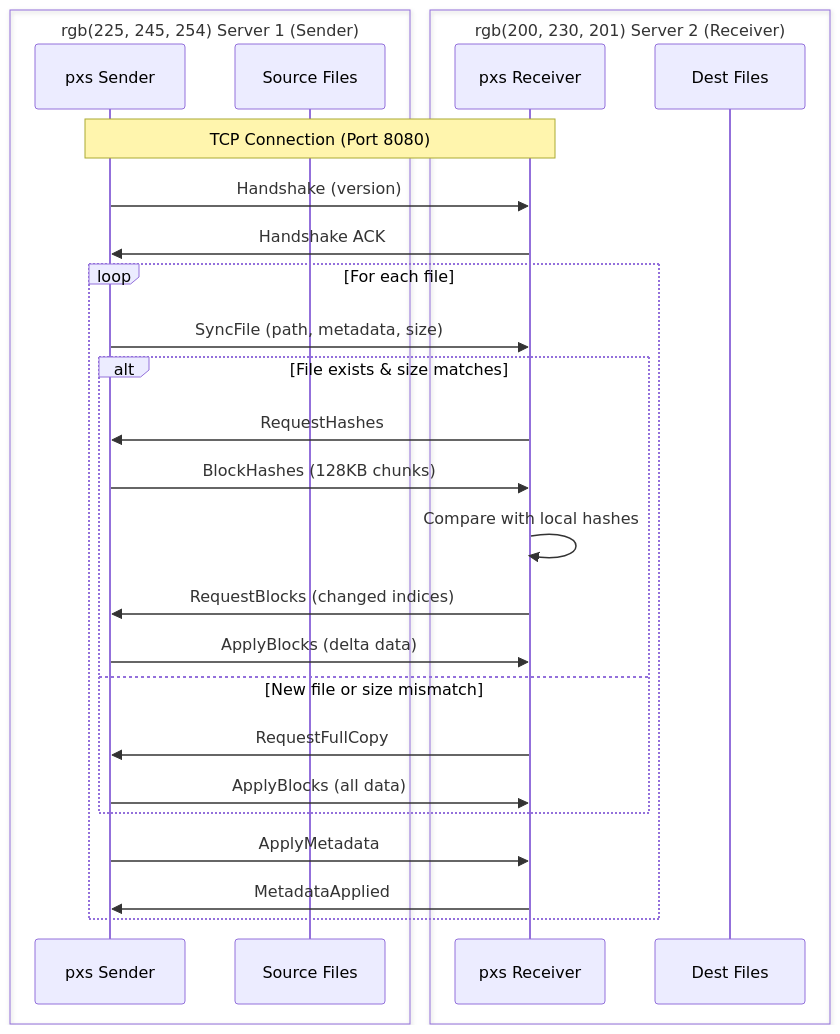
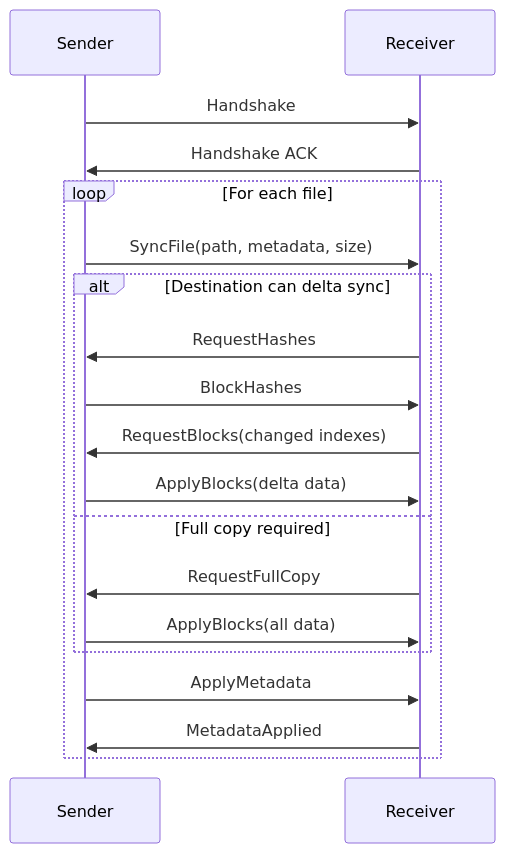
Before and after one commit to nbari/dsync: the second of 4 diagrams in README.md, drawn with Mermaid. The commit also changed other lines of this file and 10 other files, not shown here.

````diff
--- a/README.md
+++ b/README.md
@@ -69,34 +55,23 @@
 ```mermaid
 sequenceDiagram
-    box rgb(225, 245, 254) Server 1 (Sender)
-        participant S as pxs Sender
-        participant SF as Source Files
-    end
-    box rgb(200, 230, 201) Server 2 (Receiver)
-        participant R as pxs Receiver
-        participant DF as Dest Files
-    end
+    participant S as Sender
+    participant R as Receiver
 
-    Note over S,R: TCP Connection (Port 8080)
-    
-    S->>R: Handshake (version)
+    S->>R: Handshake
     R->>S: Handshake ACK
-    
+
     loop For each file
-        S->>R: SyncFile (path, metadata, size)
-        
-        alt File exists & size matches
+        S->>R: SyncFile(path, metadata, size)
+        alt Destination can delta sync
             R->>S: RequestHashes
-            S->>R: BlockHashes (128KB chunks)
-            R->>R: Compare with local hashes
-            R->>S: RequestBlocks (changed indices)
-            S->>R: ApplyBlocks (delta data)
-        else New file or size mismatch
+            S->>R: BlockHashes
+            R->>S: RequestBlocks(changed indexes)
+            S->>R: ApplyBlocks(delta data)
+        else Full copy required
             R->>S: RequestFullCopy
-            S->>R: ApplyBlocks (all data)
+            S->>R: ApplyBlocks(all data)
         end
-        
         S->>R: ApplyMetadata
         R->>S: MetadataApplied
     end
 ```
````
